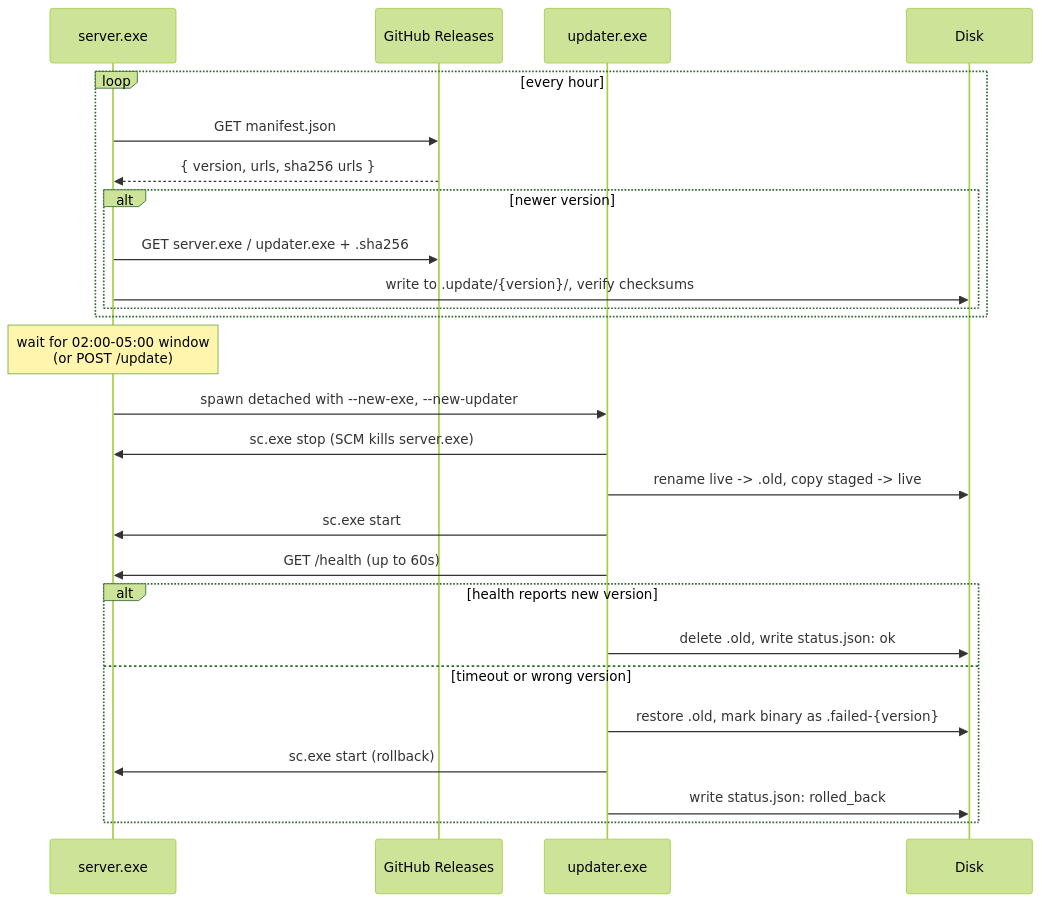
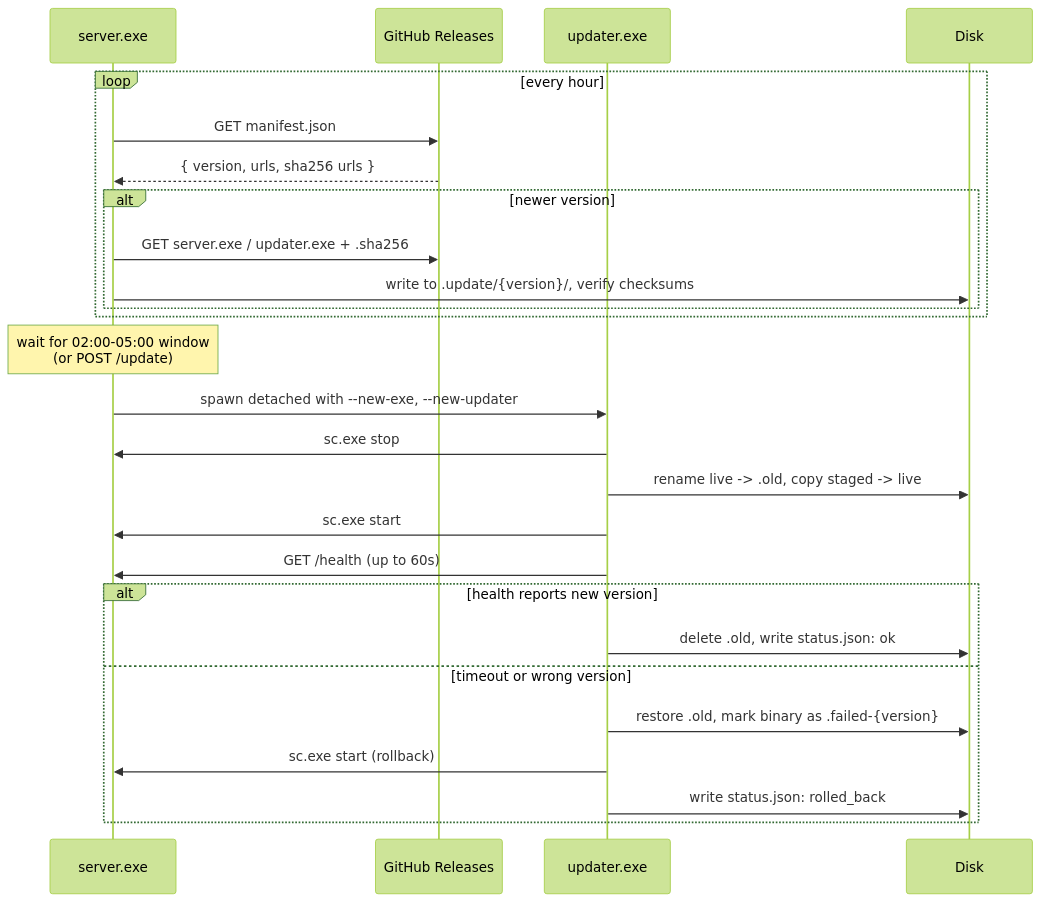
Before and after one commit to tqrcisio/self-checkout-pos: the second of 3 diagrams in README.md, drawn with Mermaid (forest theme). The commit also changed other lines of this file and 8 other files, not shown here.

````diff
--- a/README.md
+++ b/README.md
@@ -138,29 +112,29 @@
 ```mermaid
 sequenceDiagram
     participant S as server.exe
     participant GH as GitHub Releases
     participant U as updater.exe
     participant FS as Disk
 
     loop every hour
         S->>GH: GET manifest.json
         GH-->>S: { version, urls, sha256 urls }
         alt newer version
             S->>GH: GET server.exe / updater.exe + .sha256
             S->>FS: write to .update/{version}/, verify checksums
         end
     end
     Note over S: wait for 02:00-05:00 window<br/>(or POST /update)
     S->>U: spawn detached with --new-exe, --new-updater
-    U->>S: sc.exe stop (SCM kills server.exe)
+    U->>S: sc.exe stop
     U->>FS: rename live -> .old, copy staged -> live
     U->>S: sc.exe start
     U->>S: GET /health (up to 60s)
     alt health reports new version
         U->>FS: delete .old, write status.json: ok
     else timeout or wrong version
         U->>FS: restore .old, mark binary as .failed-{version}
         U->>S: sc.exe start (rollback)
         U->>FS: write status.json: rolled_back
     end
 ```
````
